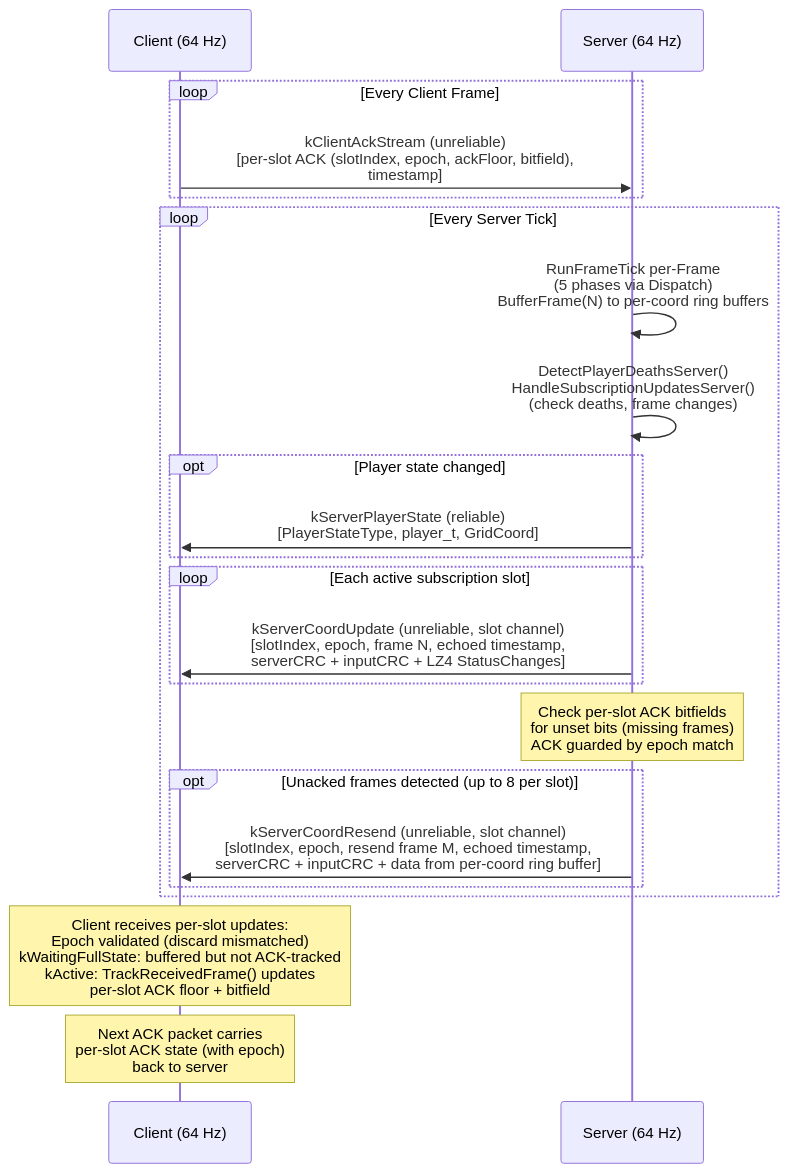
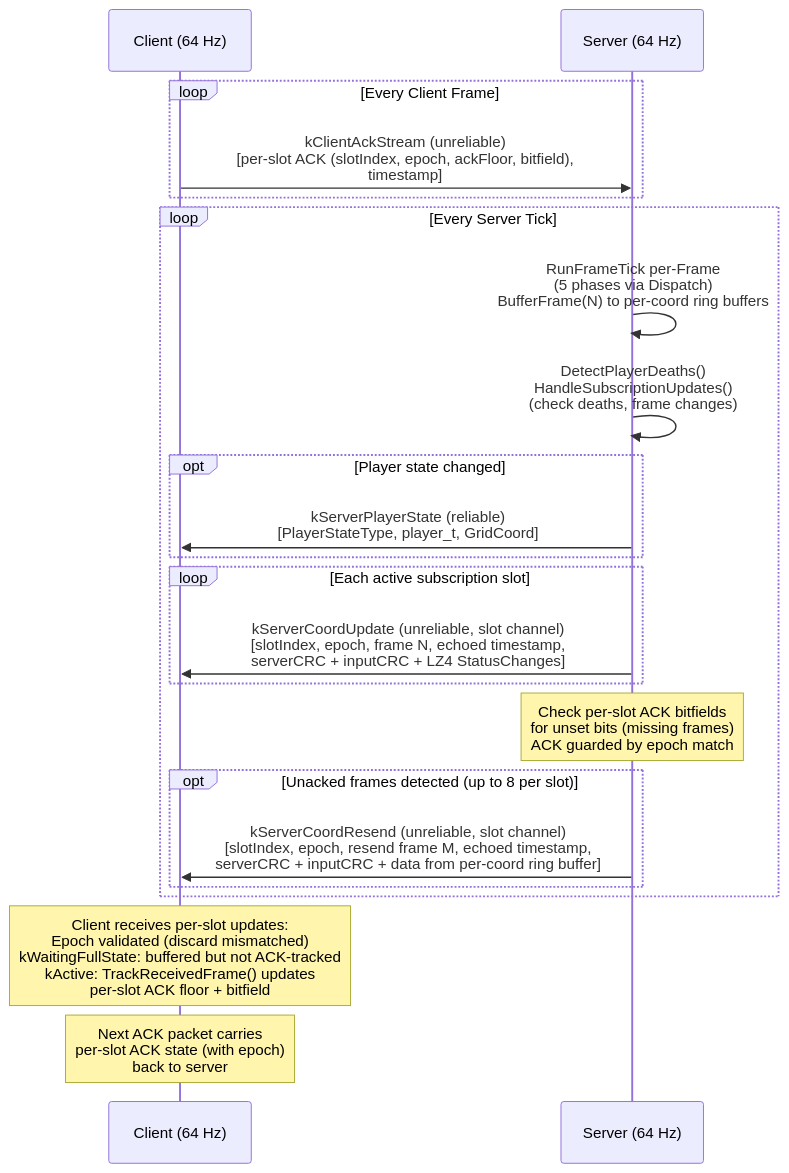
Before and after one commit to DougTanner/BrokenEnginePublic: the third of 6 diagrams in Documents/Architecture/Network.md, drawn with Mermaid. The commit also changed other lines of this file and 52 other files, not shown here.

````diff
--- a/Documents/Architecture/Network.md
+++ b/Documents/Architecture/Network.md
@@ -98,32 +103,32 @@
 ```mermaid
 %%{init: {'theme': 'default'}}%%
 sequenceDiagram
     participant C as Client (64 Hz)
     participant S as Server (64 Hz)
 
     loop Every Client Frame
         C->>S: kClientAckStream (unreliable)<br/>[per-slot ACK (slotIndex, epoch, ackFloor, bitfield),<br/>timestamp]
     end
 
     loop Every Server Tick
         S->>S: RunFrameTick per-Frame<br/>(5 phases via Dispatch)<br/>BufferFrame(N) to per-coord ring buffers
 
-        S->>S: DetectPlayerDeathsServer()<br/>HandleSubscriptionUpdatesServer()<br/>(check deaths, frame changes)
+        S->>S: DetectPlayerDeaths()<br/>HandleSubscriptionUpdates()<br/>(check deaths, frame changes)
         opt Player state changed
             S->>C: kServerPlayerState (reliable)<br/>[PlayerStateType, player_t, GridCoord]
         end
 
         loop Each active subscription slot
             S->>C: kServerCoordUpdate (unreliable, slot channel)<br/>[slotIndex, epoch, frame N, echoed timestamp,<br/>serverCRC + inputCRC + LZ4 StatusChanges]
         end
 
         Note over S: Check per-slot ACK bitfields<br/>for unset bits (missing frames)<br/>ACK guarded by epoch match
 
         opt Unacked frames detected (up to 8 per slot)
             S->>C: kServerCoordResend (unreliable, slot channel)<br/>[slotIndex, epoch, resend frame M, echoed timestamp,<br/>serverCRC + inputCRC + data from per-coord ring buffer]
         end
     end
 
     Note over C: Client receives per-slot updates:<br/>Epoch validated (discard mismatched)<br/>kWaitingFullState: buffered but not ACK-tracked<br/>kActive: TrackReceivedFrame() updates<br/>per-slot ACK floor + bitfield
     Note over C: Next ACK packet carries<br/>per-slot ACK state (with epoch)<br/>back to server
 ```
````
